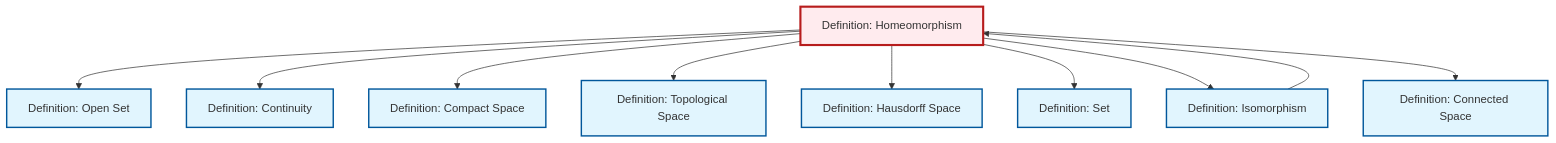
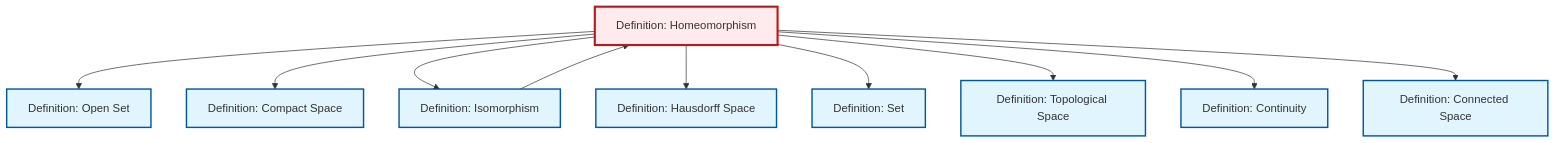
The diagram in content/en/topology/def-homeomorphism.qmd (RK0429/ModernMath), drawn with Mermaid before and after one commit. The commit also changed other lines of this file and 615 other files, not shown here.

````diff
--- a/content/en/topology/def-homeomorphism.qmd
+++ b/content/en/topology/def-homeomorphism.qmd
@@ -99,36 +99,36 @@
 ```{mermaid}
 %%| fig-cap: "Local dependency graph"
 graph TD
     classDef definition fill:#e1f5fe,stroke:#01579b,stroke-width:2px
     classDef theorem fill:#f3e5f5,stroke:#4a148c,stroke-width:2px
     classDef axiom fill:#fff3e0,stroke:#e65100,stroke-width:2px
     classDef example fill:#e8f5e9,stroke:#1b5e20,stroke-width:2px
     classDef current fill:#ffebee,stroke:#b71c1c,stroke-width:3px
+    def-hausdorff["Definition: Hausdorff Space"]:::definition
+    def-set["Definition: Set"]:::definition
     def-open-set["Definition: Open Set"]:::definition
     def-continuity["Definition: Continuity"]:::definition
+    def-compact["Definition: Compact Space"]:::definition
+    def-connected["Definition: Connected Space"]:::definition
     def-homeomorphism["Definition: Homeomorphism"]:::definition
+    def-topological-space["Definition: Topological Space"]:::definition
     def-isomorphism["Definition: Isomorphism"]:::definition
-    def-set["Definition: Set"]:::definition
-    def-connected["Definition: Connected Space"]:::definition
-    def-topological-space["Definition: Topological Space"]:::definition
-    def-hausdorff["Definition: Hausdorff Space"]:::definition
-    def-compact["Definition: Compact Space"]:::definition
     def-homeomorphism --> def-open-set
-    def-homeomorphism --> def-continuity
     def-homeomorphism --> def-compact
-    def-homeomorphism --> def-topological-space
+    def-homeomorphism --> def-isomorphism
     def-homeomorphism --> def-hausdorff
     def-homeomorphism --> def-set
-    def-homeomorphism --> def-isomorphism
     def-isomorphism --> def-homeomorphism
+    def-homeomorphism --> def-topological-space
+    def-homeomorphism --> def-continuity
     def-homeomorphism --> def-connected
     class def-homeomorphism current
+    click def-hausdorff "def-hausdorff.html" "Go to Hausdorff Space definition"
+    click def-set "def-set.html" "Go to Set definition"
     click def-open-set "def-open-set.html" "Go to Open Set definition"
     click def-continuity "def-continuity.html" "Go to Continuity definition"
-    click def-isomorphism "def-isomorphism.html" "Go to Isomorphism definition"
-    click def-set "def-set.html" "Go to Set definition"
+    click def-compact "def-compact.html" "Go to Compact Space definition"
     click def-connected "def-connected.html" "Go to Connected Space definition"
     click def-topological-space "def-topological-space.html" "Go to Topological Space definition"
-    click def-hausdorff "def-hausdorff.html" "Go to Hausdorff Space definition"
-    click def-compact "def-compact.html" "Go to Compact Space definition"
+    click def-isomorphism "def-isomorphism.html" "Go to Isomorphism definition"
 ```
````
